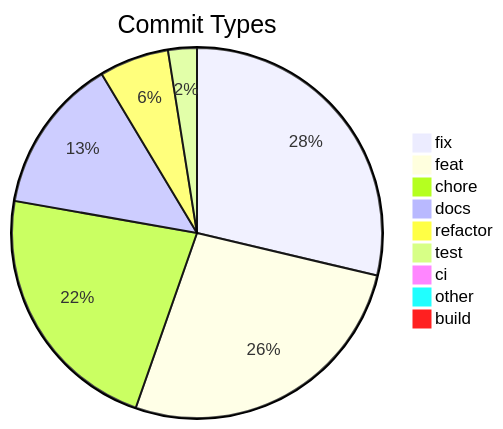
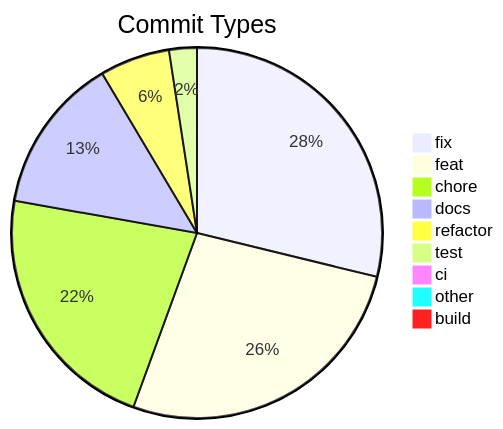
The diagram in .shipwright/compliance/change-history.md (svenroth-ai/shipwright), drawn with Mermaid before and after one commit. The commit also changed other lines of this file and 16 other files, not shown here.

````diff
--- a/.shipwright/compliance/change-history.md
+++ b/.shipwright/compliance/change-history.md
@@ -8,12 +8,12 @@
 ```mermaid
 pie title Commit Types
     "fix" : 297
     "feat" : 276
-    "chore" : 232
+    "chore" : 229
     "docs" : 141
     "refactor" : 63
-    "test" : 26
+    "test" : 25
     "ci" : 7
     "other" : 7
     "build" : 1
 ```
````
